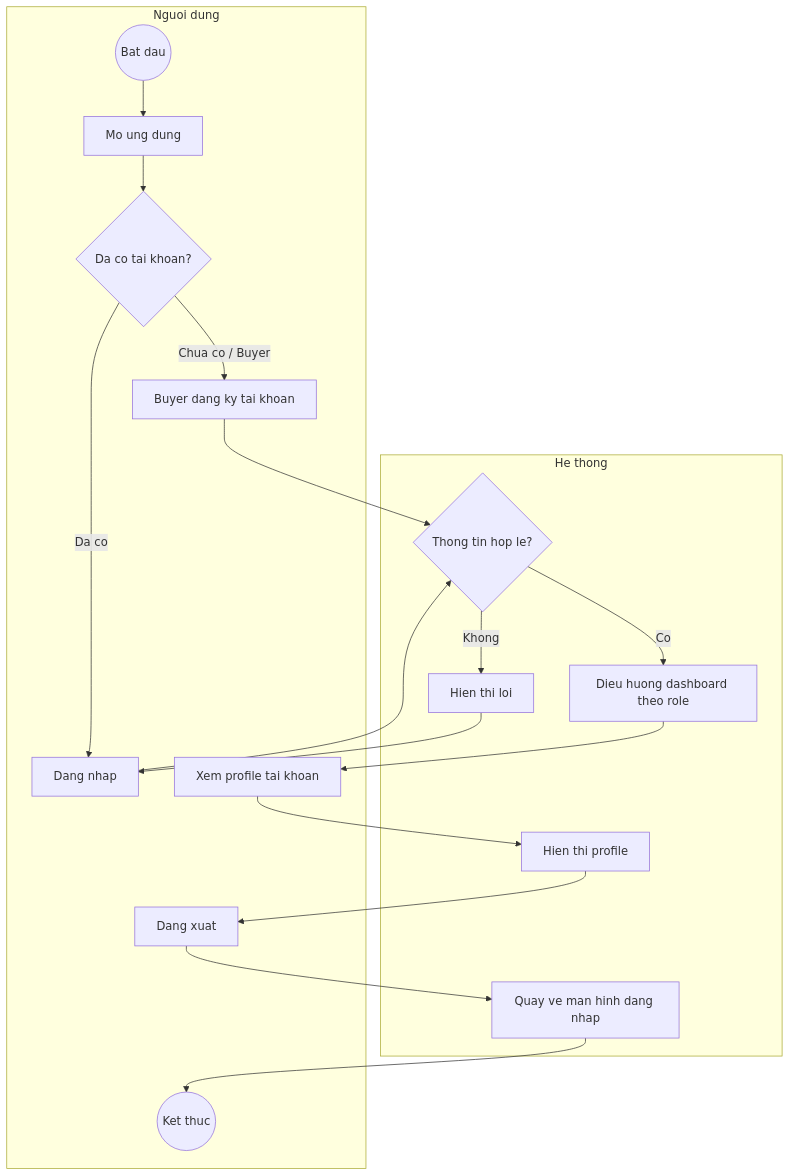
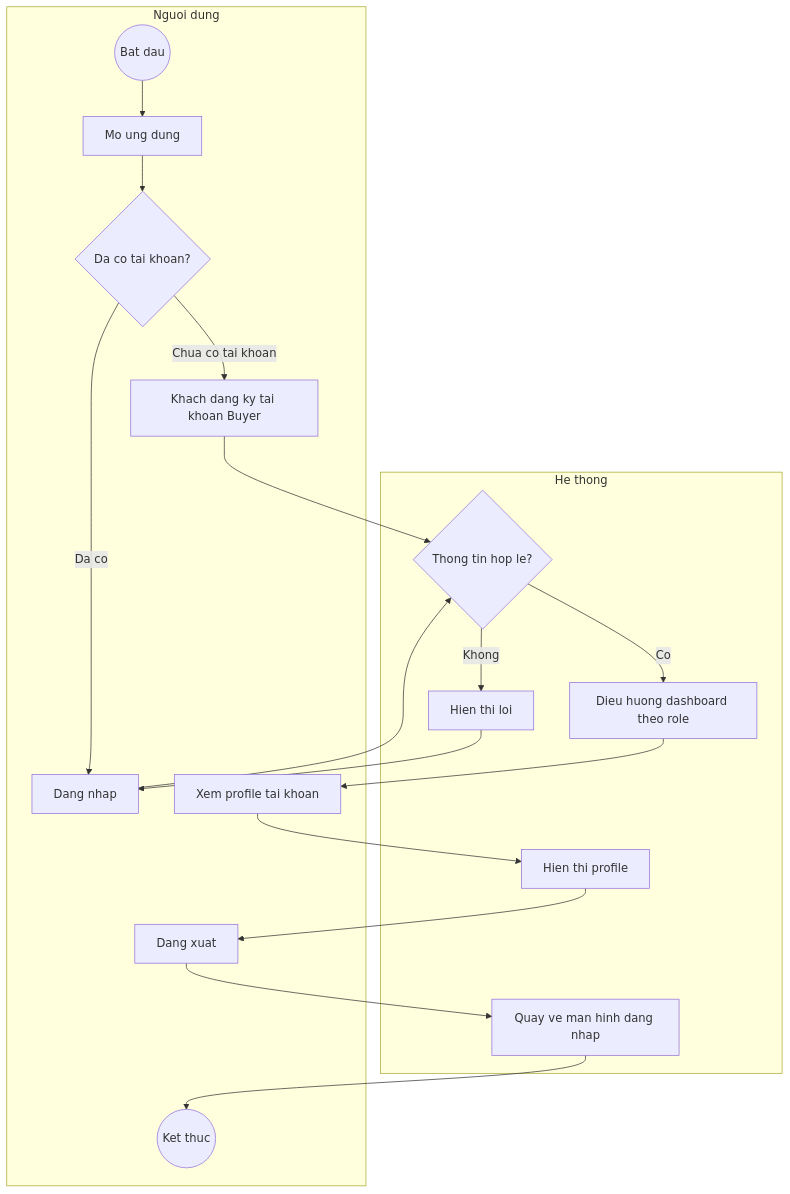
Before and after one commit to froynar/Custom_keyboard: the first of 6 diagrams in Documents_Refactor/Custom_Keyboard_Activity_Diagrams_Simplified.md, drawn with Mermaid. The commit also changed other lines of this file and 194 other files, not shown here.

````diff
--- a/Documents_Refactor/Custom_Keyboard_Activity_Diagrams_Simplified.md
+++ b/Documents_Refactor/Custom_Keyboard_Activity_Diagrams_Simplified.md
@@ -14,27 +14,27 @@
 ```mermaid
 flowchart TD
     subgraph UserLane["Nguoi dung"]
         Start((Bat dau))
         OpenApp[Mo ung dung]
         HasAccount{Da co tai khoan?}
-        Register[Buyer dang ky tai khoan]
+        Register[Khach dang ky tai khoan Buyer]
         Login[Dang nhap]
         Profile[Xem profile tai khoan]
         Logout[Dang xuat]
         End((Ket thuc))
     end
 
     subgraph SystemLane["He thong"]
         ValidateAccount{Thong tin hop le?}
         ShowError[Hien thi loi]
         RouteByRole[Dieu huong dashboard theo role]
         ShowProfile[Hien thi profile]
         ReturnLogin[Quay ve man hinh dang nhap]
     end
 
     Start --> OpenApp --> HasAccount
-    HasAccount -- Chua co / Buyer --> Register --> ValidateAccount
+    HasAccount -- Chua co tai khoan --> Register --> ValidateAccount
     HasAccount -- Da co --> Login --> ValidateAccount
     ValidateAccount -- Khong --> ShowError --> Login
     ValidateAccount -- Co --> RouteByRole --> Profile --> ShowProfile --> Logout --> ReturnLogin --> End
 ```
````
